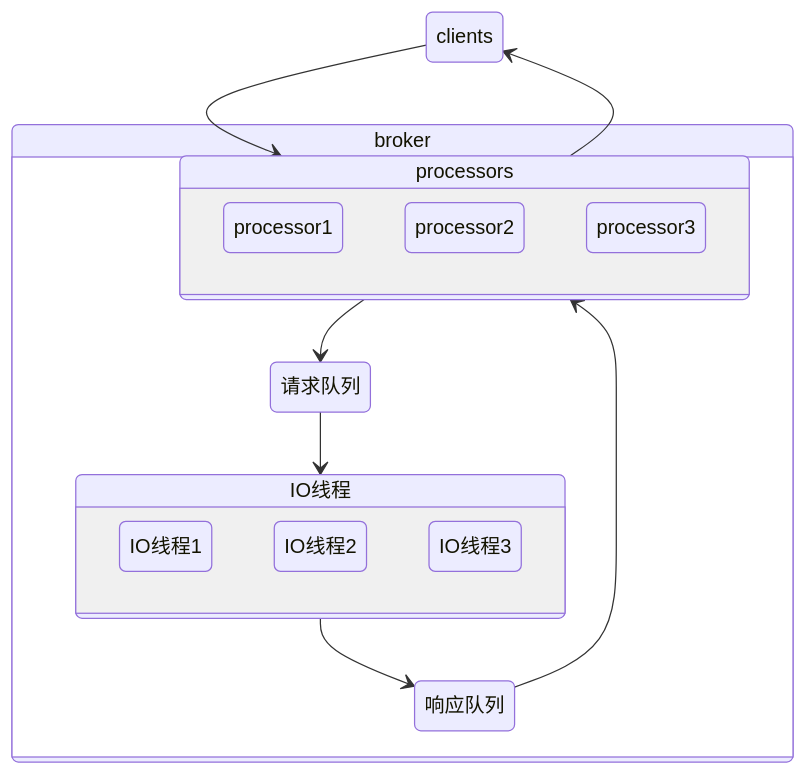
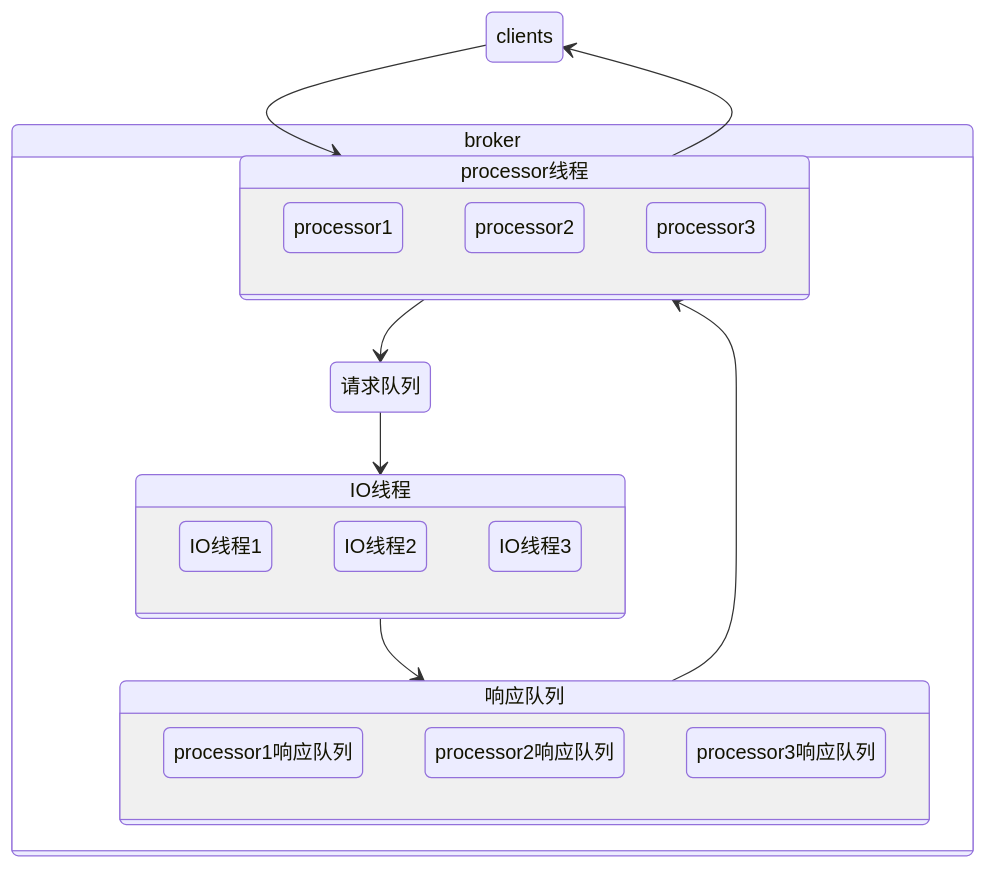
Before and after one commit to 0xcaffebabe/note: the second of 8 diagrams in doc/中间件/消息队列/Kafka/Kafka.md, drawn with Mermaid. The commit also changed other lines of this file, not shown here.

Commit message:
✏Kafka

````diff
--- a/doc/中间件/消息队列/Kafka/Kafka.md
+++ b/doc/中间件/消息队列/Kafka/Kafka.md
@@ -313,21 +316,26 @@
 ```mermaid
 stateDiagram-v2
-  clients --> processors
-  processors --> clients
+  clients --> processor线程
+  processor线程 --> clients
   state broker {
-    state processors {
+    state processor线程 {
       processor1
       processor2
       processor3
     }
-    processors --> 请求队列
+    processor线程 --> 请求队列
     请求队列 --> IO线程
     state IO线程 {
       IO线程1
       IO线程2
       IO线程3
     }
+    state 响应队列 {
+      processor1响应队列
+      processor2响应队列
+      processor3响应队列
+    }
     IO线程 --> 响应队列
-    响应队列 --> processors
+    响应队列 --> processor线程
   }
 ```
````
